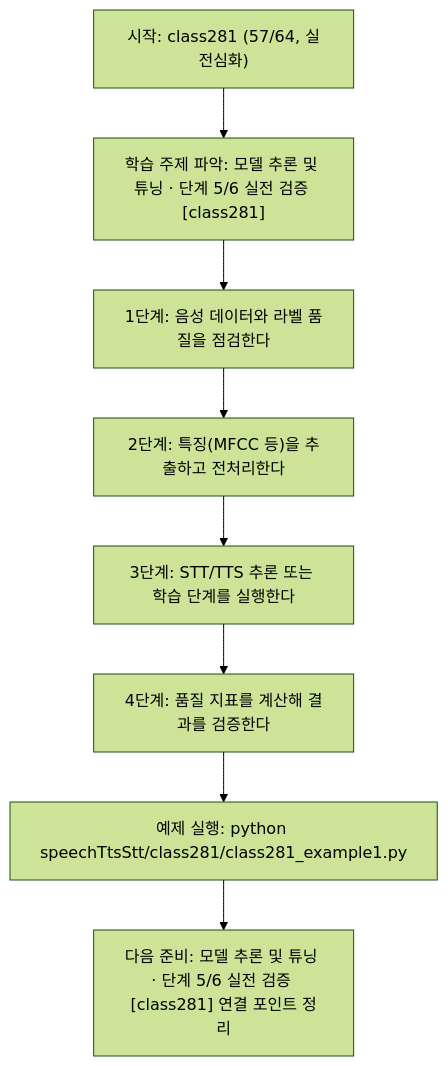
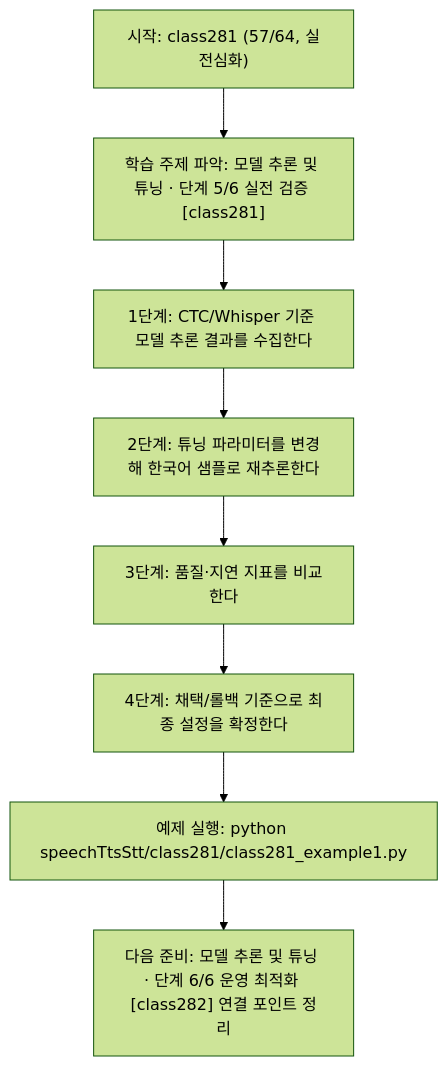
Before and after one commit to edumgt/Python-AI_Agent-Class: the diagram in speechTtsStt/class281/class281.md, drawn with Mermaid (forest theme). The commit also changed other lines of this file and 1122 other files, not shown here.

````diff
--- a/speechTtsStt/class281/class281.md
+++ b/speechTtsStt/class281/class281.md
@@ -114,18 +95,18 @@
 ```mermaid
 flowchart TD
 N1["시작: class281 (57/64, 실전심화)"]
 N2["학습 주제 파악: 모델 추론 및 튜닝 · 단계 5/6 실전 검증 [class281]"]
-N3["1단계: 음성 데이터와 라벨 품질을 점검한다"]
-N4["2단계: 특징(MFCC 등)을 추출하고 전처리한다"]
-N5["3단계: STT/TTS 추론 또는 학습 단계를 실행한다"]
-N6["4단계: 품질 지표를 계산해 결과를 검증한다"]
+N3["1단계: CTC/Whisper 기준 모델 추론 결과를 수집한다"]
+N4["2단계: 튜닝 파라미터를 변경해 한국어 샘플로 재추론한다"]
+N5["3단계: 품질·지연 지표를 비교한다"]
+N6["4단계: 채택/롤백 기준으로 최종 설정을 확정한다"]
 N7["예제 실행: python speechTtsStt/class281/class281_example1.py"]
-N8["다음 준비: 모델 추론 및 튜닝 · 단계 5/6 실전 검증 [class281] 연결 포인트 정리"]
+N8["다음 준비: 모델 추론 및 튜닝 · 단계 6/6 운영 최적화 [class282] 연결 포인트 정리"]
 N1 --> N2
 N2 --> N3
 N3 --> N4
 N4 --> N5
 N5 --> N6
 N6 --> N7
 N7 --> N8
 ```
````
